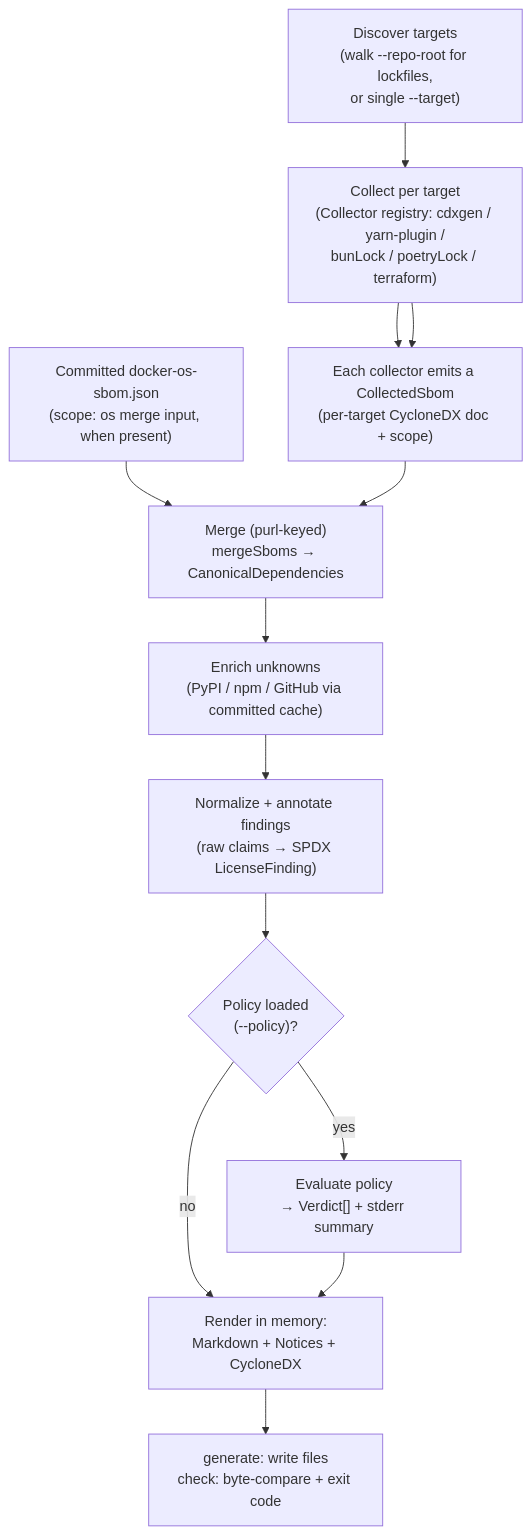
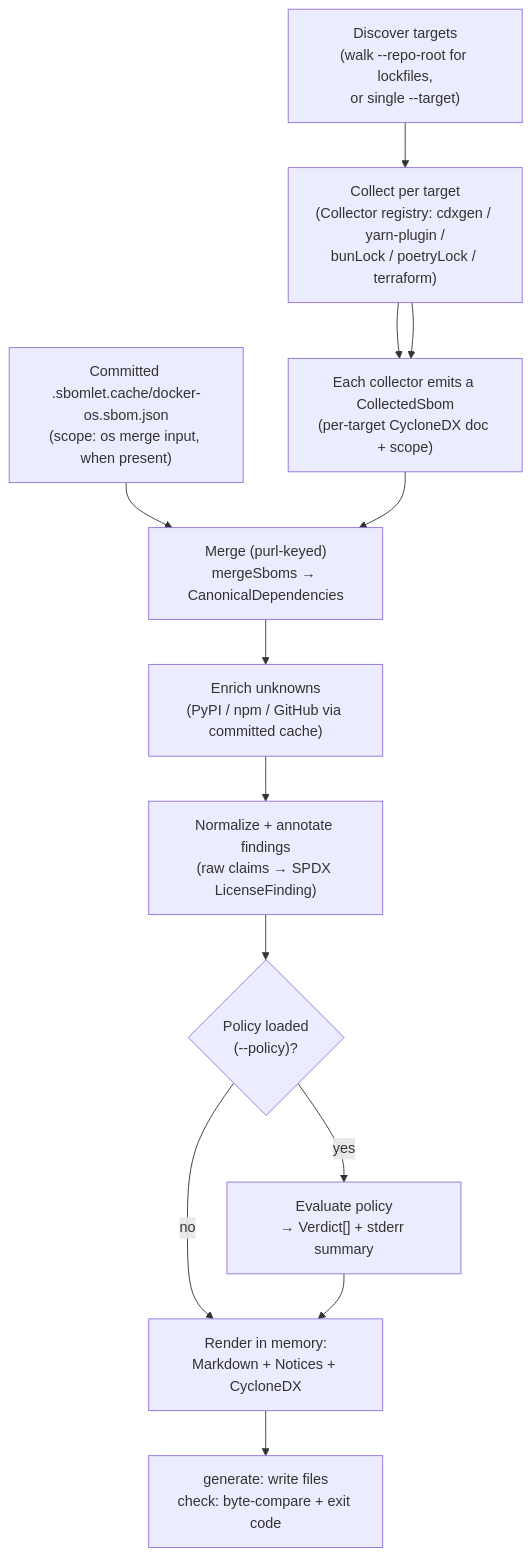
The first of 2 diagrams in docs/explanation/architecture.md (Anansi-Solutions/SBOMlet), drawn with Mermaid before and after one commit. The commit also changed other lines of this file and 17 other files, not shown here.

````diff
--- a/docs/explanation/architecture.md
+++ b/docs/explanation/architecture.md
@@ -63,15 +63,15 @@
 ```mermaid
 flowchart TD
     A["Discover targets<br/>(walk --repo-root for lockfiles,<br/>or single --target)"] --> B
     B["Collect per target<br/>(Collector registry: cdxgen / yarn-plugin /<br/>bunLock / poetryLock / terraform)"] --> C
-    OS["Committed docker-os-sbom.json<br/>(scope: os merge input, when present)"] --> D
+    OS["Committed .sbomlet.cache/docker-os.sbom.json<br/>(scope: os merge input, when present)"] --> D
     B --> C["Each collector emits a CollectedSbom<br/>(per-target CycloneDX doc + scope)"]
     C --> D["Merge (purl-keyed)<br/>mergeSboms → CanonicalDependencies"]
     D --> E["Enrich unknowns<br/>(PyPI / npm / GitHub via committed cache)"]
     E --> F["Normalize + annotate findings<br/>(raw claims → SPDX LicenseFinding)"]
     F --> G{"Policy loaded<br/>(--policy)?"}
     G -->|yes| H["Evaluate policy<br/>→ Verdict[] + stderr summary"]
     G -->|no| I
     H --> I["Render in memory:<br/>Markdown + Notices + CycloneDX"]
     I --> J["generate: write files<br/>check: byte-compare + exit code"]
 ```
````
